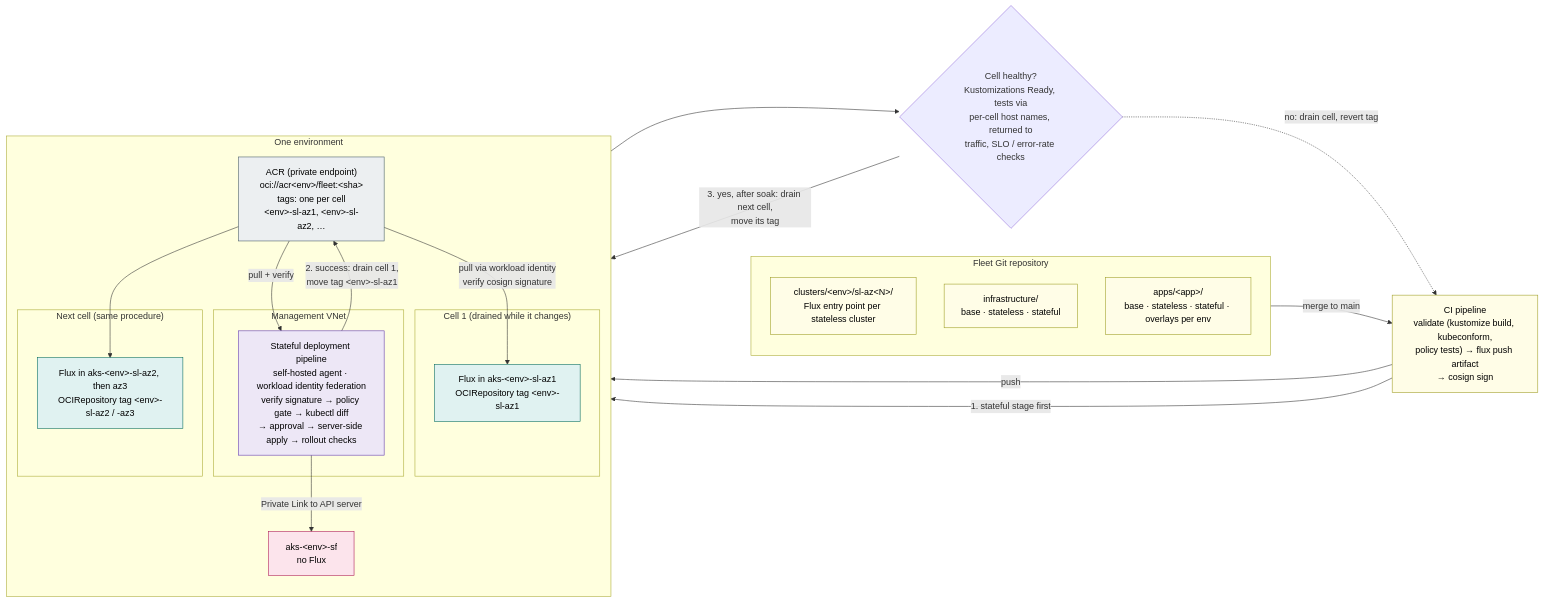
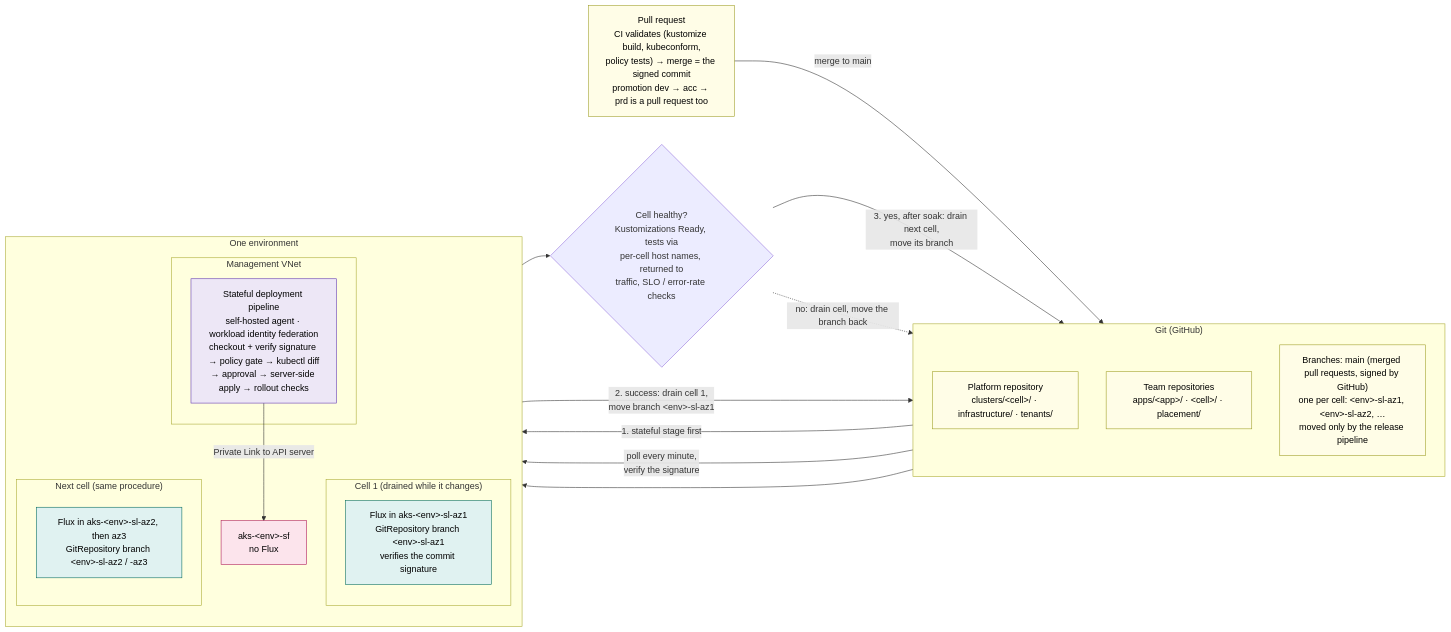
One commit to onek8s/onek8s.github.io changed the diagram in diagrams/3.3-gitops-flux.mmd. Above: the diagram before and after it, drawn with Mermaid. The commit also changed 17 other files, not shown here.

First line of the commit message:
Git refs instead of an OCI artifact: a pull request is the only way in, one branch per cell (D77) (#94)

```diff
--- a/diagrams/3.3-gitops-flux.mmd
+++ b/diagrams/3.3-gitops-flux.mmd
@@ -1,51 +1,49 @@
-%% One fleet repository, one signed OCI artifact per commit in each environment's private ACR.
-%% Stateless clusters (cells) pull it with FluxCD, one cell at a time while that cell is drained; the stateful cluster gets it from a CI/CD pipeline that runs on
-%% agents in the management network (the only network that reaches its private API server).
+%% Git is the one source: a platform repository and one repository per team, every change a pull request whose merge GitHub signs (D77).
+%% Stateless clusters (cells) read Git with FluxCD, each cell from its own branch that the release pipeline moves one cell at a time while
+%% that cell is drained; the stateful cluster gets the same commit from a CI/CD pipeline that runs on agents in the management network
+%% (the only network that reaches its private API server).
 flowchart LR
-    subgraph GIT["Fleet Git repository"]
+    subgraph GIT["Git (GitHub)"]
         direction TB
-        g_cl["clusters/&lt;env&gt;/sl-az&lt;N&gt;/<br/>Flux entry point per stateless cluster"]
-        g_inf["infrastructure/<br/>base · stateless · stateful"]
-        g_app["apps/&lt;app&gt;/<br/>base · stateless · stateful · overlays per env"]
+        g_pl["Platform repository<br/>clusters/&lt;cell&gt;/ · infrastructure/ · tenants/"]
+        g_tm["Team repositories<br/>apps/&lt;app&gt;/ · &lt;cell&gt;/ · placement/"]
+        g_br["Branches: main (merged pull requests, signed by GitHub)<br/>one per cell: &lt;env&gt;-sl-az1, &lt;env&gt;-sl-az2, …<br/>moved only by the release pipeline"]
     end
 
-    ci["CI pipeline<br/>validate (kustomize build, kubeconform,<br/>policy tests) → flux push artifact<br/>→ cosign sign"]
+    pr["Pull request<br/>CI validates (kustomize build, kubeconform,<br/>policy tests) → merge = the signed commit<br/>promotion dev → acc → prd is a pull request too"]
 
     subgraph ENV["One environment"]
         direction TB
-        acr["ACR (private endpoint)<br/>oci://acr&lt;env&gt;/fleet:&lt;sha&gt;<br/>tags: one per cell<br/>&lt;env&gt;-sl-az1, &lt;env&gt;-sl-az2, …"]
         subgraph MG["Management VNet"]
-            sfp["Stateful deployment pipeline<br/>self-hosted agent · workload identity federation<br/>verify signature → policy gate → kubectl diff<br/>→ approval → server-side apply → rollout checks"]
+            sfp["Stateful deployment pipeline<br/>self-hosted agent · workload identity federation<br/>checkout + verify signature → policy gate → kubectl diff<br/>→ approval → server-side apply → rollout checks"]
         end
         f3["aks-&lt;env&gt;-sf<br/>no Flux"]
         subgraph W1["Cell 1 (drained while it changes)"]
-            f1["Flux in aks-&lt;env&gt;-sl-az1<br/>OCIRepository tag &lt;env&gt;-sl-az1"]
+            f1["Flux in aks-&lt;env&gt;-sl-az1<br/>GitRepository branch &lt;env&gt;-sl-az1<br/>verifies the commit signature"]
         end
         subgraph W2["Next cell (same procedure)"]
-            f2["Flux in aks-&lt;env&gt;-sl-az2, then az3<br/>OCIRepository tag &lt;env&gt;-sl-az2 / -az3"]
+            f2["Flux in aks-&lt;env&gt;-sl-az2, then az3<br/>GitRepository branch &lt;env&gt;-sl-az2 / -az3"]
         end
     end
 
     gate{"Cell healthy?<br/>Kustomizations Ready, tests via<br/>per-cell host names, returned to<br/>traffic, SLO / error-rate checks"}
 
-    GIT -->|"merge to main"| ci -->|"push"| acr
-    ci -->|"1. stateful stage first"| sfp
-    acr -->|"pull + verify"| sfp
+    pr -->|"merge to main"| GIT
+    GIT -->|"1. stateful stage first"| sfp
     sfp -->|"Private Link to API server"| f3
-    sfp -->|"2. success: drain cell 1,<br/>move tag &lt;env&gt;-sl-az1"| acr
-    acr -->|"pull via workload identity<br/>verify cosign signature"| f1
+    sfp -->|"2. success: drain cell 1,<br/>move branch &lt;env&gt;-sl-az1"| GIT
+    GIT -->|"poll every minute,<br/>verify the signature"| f1
     f1 --> gate
-    gate -->|"3. yes, after soak: drain next cell,<br/>move its tag"| acr
-    gate -.->|"no: drain cell, revert tag"| ci
-    acr --> f2
+    gate -->|"3. yes, after soak: drain next cell,<br/>move its branch"| GIT
+    gate -.->|"no: drain cell, move the branch back"| GIT
+    GIT --> f2
 
     classDef note fill:#fffde7,stroke:#9e9d24,color:#000
     classDef sl fill:#e0f2f1,stroke:#00695c,color:#000
     classDef sf fill:#fce4ec,stroke:#ad1457,color:#000
     classDef paas fill:#eceff1,stroke:#455a64,color:#000
     classDef hub fill:#ede7f6,stroke:#5e35b1,color:#000
-    class g_cl,g_inf,g_app,ci note
+    class g_pl,g_tm,g_br,pr note
     class f1,f2 sl
     class f3 sf
     class sfp hub
-    class acr paas
```
